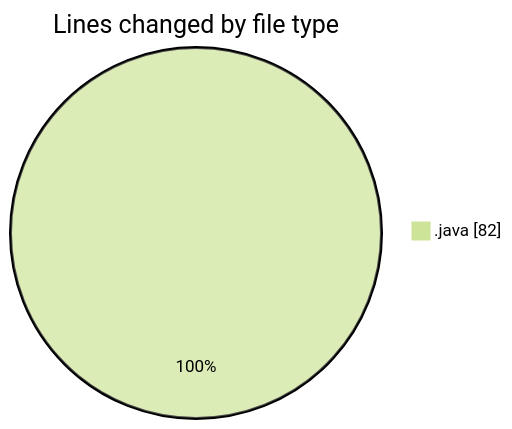
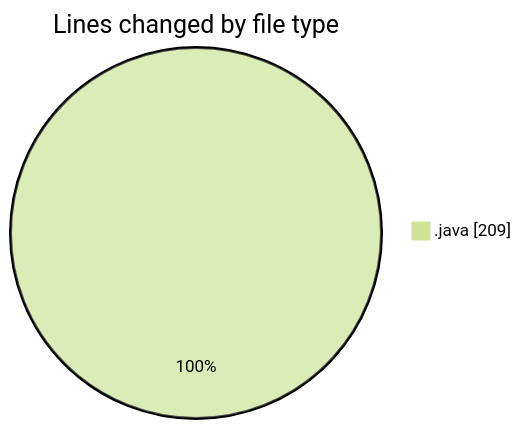
Before and after one commit to NitaiMahat/code-tracking: the first of 2 diagrams in 2025-02-12/oopstartfiles/README.md, drawn with Mermaid (forest theme). The commit also changed other lines of this file and 1 other file, not shown here.

````diff
--- a/2025-02-12/oopstartfiles/README.md
+++ b/2025-02-12/oopstartfiles/README.md
@@ -21,5 +23,5 @@
 ```mermaid
 pie showData
 title Lines changed by file type
-".java" : 82
+".java" : 209
 ```
````
